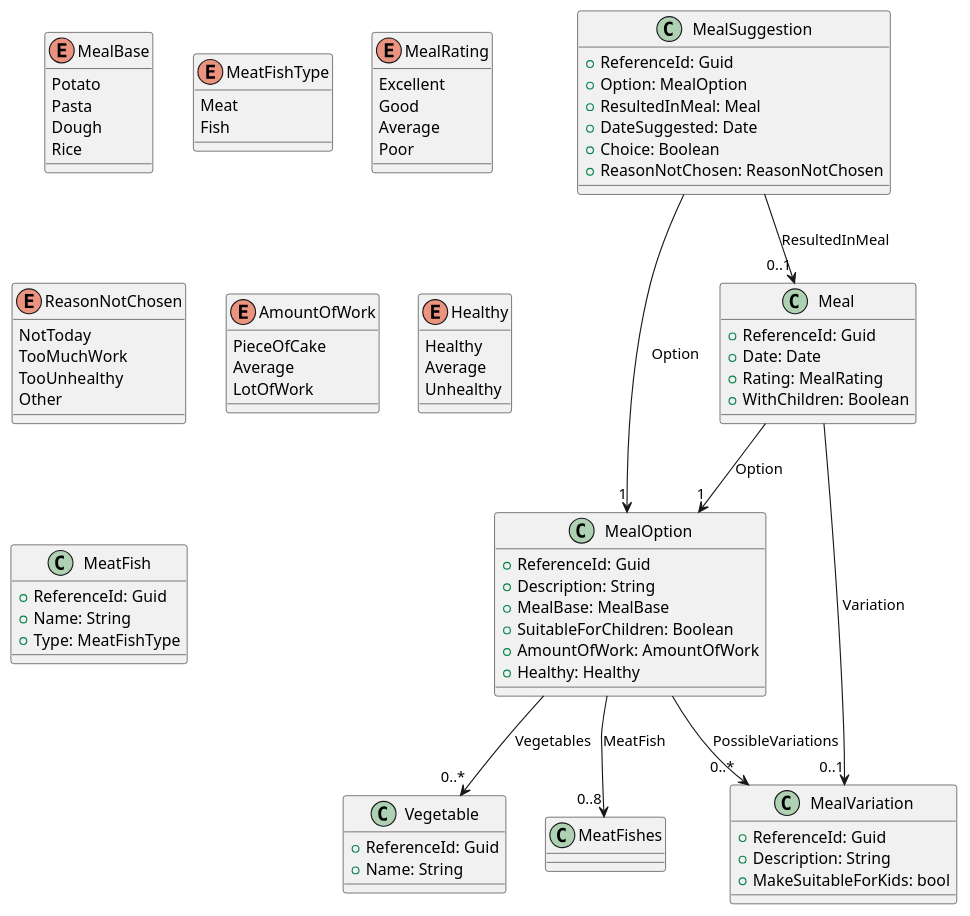
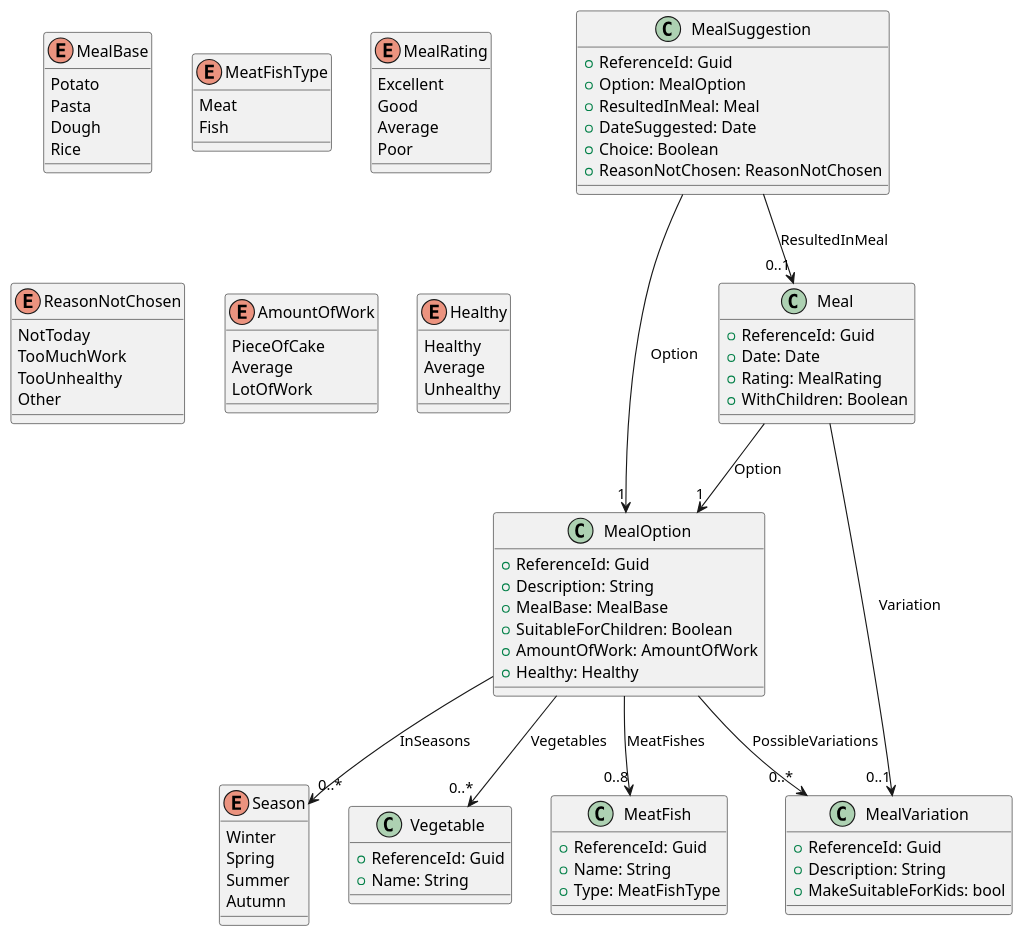
The diagram in doc/domain/domainmodel.puml (marcovandehaar/wot-we-eat), drawn with PlantUML before and after one commit. The commit also changed 22 other files, not shown here.

```diff
--- a/doc/domain/domainmodel.puml
+++ b/doc/domain/domainmodel.puml
@@ -1,91 +1,99 @@
 @startuml MealPlanningClassDiagram
 
 enum MealBase {
     Potato
     Pasta
     Dough
     Rice
 }
 
 enum MeatFishType {
     Meat
     Fish
 }
 
 enum MealRating {
     Excellent
     Good
     Average
     Poor
 }
 
 enum ReasonNotChosen {
     NotToday
     TooMuchWork
     TooUnhealthy
     Other
 }
 
 enum AmountOfWork {
     PieceOfCake
     Average
     LotOfWork
 }
 
 enum Healthy {
     Healthy
     Average
     Unhealthy
+}
+
+enum Season {
+    Winter
+    Spring
+    Summer
+    Autumn
 }
 
 class MealOption {
   + ReferenceId: Guid
   + Description: String
   + MealBase: MealBase
   + SuitableForChildren: Boolean
   + AmountOfWork: AmountOfWork
   + Healthy: Healthy
 }
 
 class Vegetable {
   + ReferenceId: Guid
   + Name: String
 }
 
 class MeatFish {
   + ReferenceId: Guid
   + Name: String
   + Type: MeatFishType
 }
 
 class MealVariation {
   + ReferenceId: Guid
   + Description: String
   + MakeSuitableForKids: bool
 }
 
 class Meal {
   + ReferenceId: Guid
   + Date: Date
   + Rating: MealRating
   + WithChildren: Boolean
 }
 
 class MealSuggestion {
   + ReferenceId: Guid
   + Option: MealOption
   + ResultedInMeal: Meal
   + DateSuggested: Date
   + Choice: Boolean
   + ReasonNotChosen: ReasonNotChosen
 }
 
 Meal --> "1" MealOption : Option
 Meal --> "0..1" MealVariation : Variation
-MealOption --> "0..8" MeatFishes : MeatFish
+MealOption --> "0..8" MeatFish : MeatFishes
 MealOption --> "0..*" MealVariation : PossibleVariations
 MealOption --> "0..*" Vegetable : Vegetables
+MealOption --> "0..*" Season : InSeasons
 MealSuggestion --> "1" MealOption : Option
 MealSuggestion --> "0..1" Meal : ResultedInMeal
 
 @enduml
```
